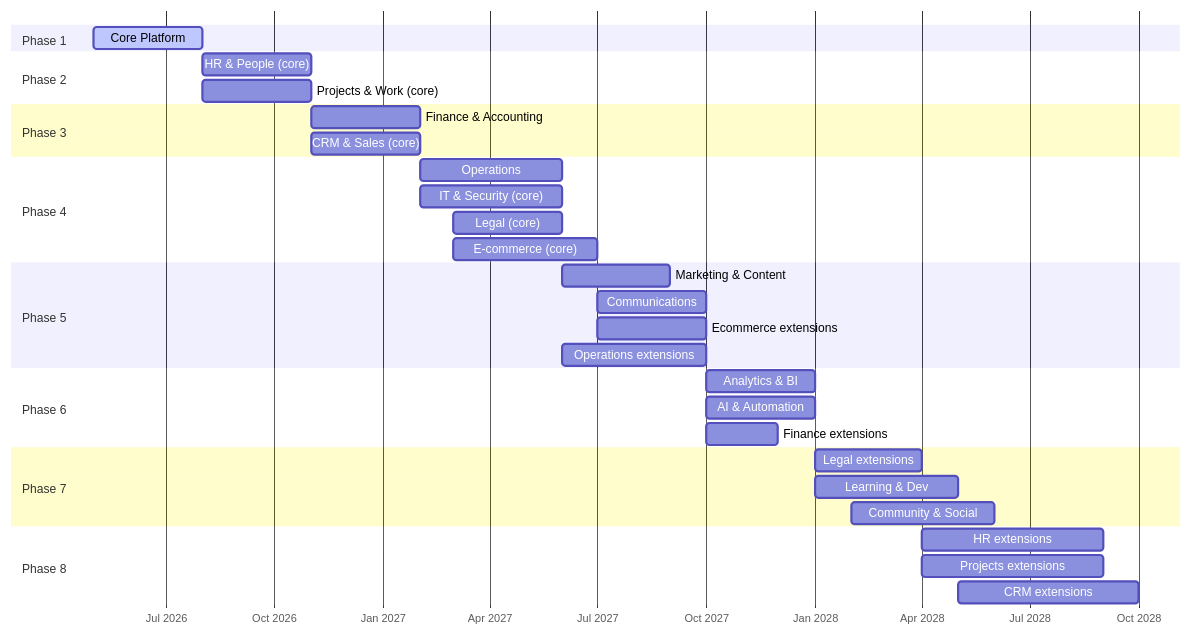
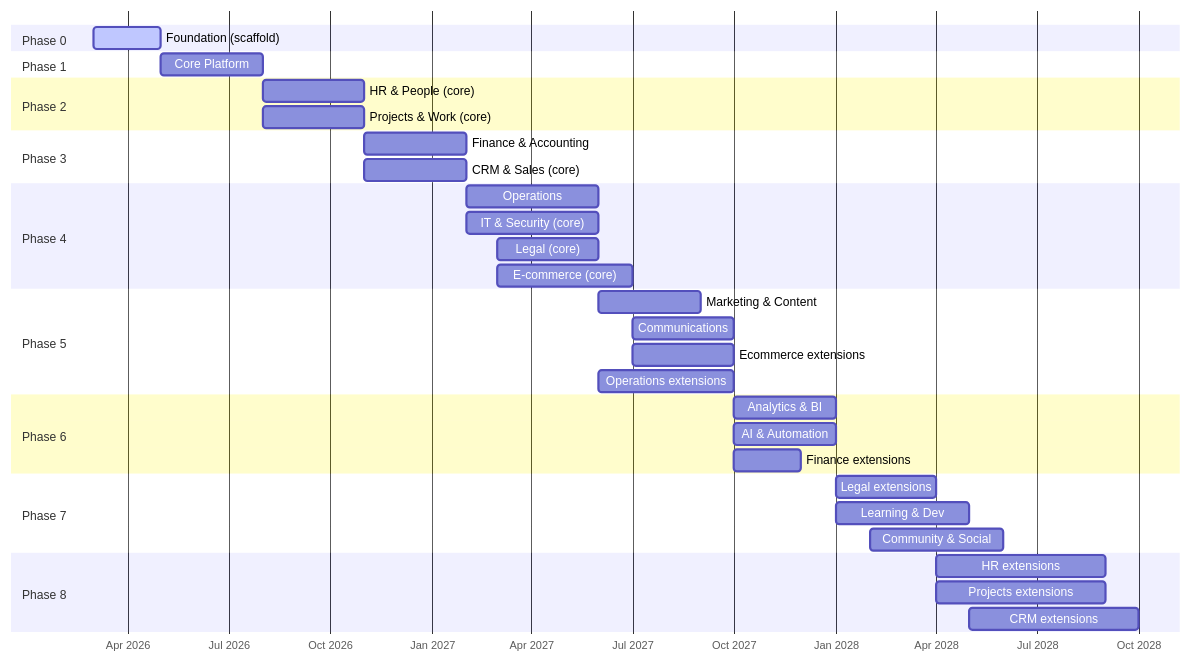
The diagram in flowflex-vault/left-brain/roadmap/MOC_Roadmap.md (Max-Nijenkamp/FlowFlex), drawn with Mermaid before and after one commit. The commit also changed other lines of this file and 47 other files, not shown here.

Commit message:
finish flowflex vault

````diff
--- a/flowflex-vault/left-brain/roadmap/MOC_Roadmap.md
+++ b/flowflex-vault/left-brain/roadmap/MOC_Roadmap.md
@@ -15,43 +23,46 @@
 ```mermaid
 gantt
     dateFormat YYYY-MM
     axisFormat %b %Y
 
+    section Phase 0
+    Foundation (scaffold)  :active, p0, 2026-03, 2026-05
+
     section Phase 1
-    Core Platform         :active, p1, 2026-05, 2026-08
+    Core Platform          :p1, 2026-05, 2026-08
 
     section Phase 2
-    HR & People (core)    :p2a, 2026-08, 2026-11
-    Projects & Work (core):p2b, 2026-08, 2026-11
+    HR & People (core)     :p2a, 2026-08, 2026-11
+    Projects & Work (core) :p2b, 2026-08, 2026-11
 
     section Phase 3
-    Finance & Accounting  :p3a, 2026-11, 2027-02
-    CRM & Sales (core)    :p3b, 2026-11, 2027-02
+    Finance & Accounting   :p3a, 2026-11, 2027-02
+    CRM & Sales (core)     :p3b, 2026-11, 2027-02
 
     section Phase 4
-    Operations            :p4, 2027-02, 2027-06
-    IT & Security (core)  :p4b, 2027-02, 2027-06
-    Legal (core)          :p4c, 2027-03, 2027-06
-    E-commerce (core)     :p4d, 2027-03, 2027-07
+    Operations             :p4, 2027-02, 2027-06
+    IT & Security (core)   :p4b, 2027-02, 2027-06
+    Legal (core)           :p4c, 2027-03, 2027-06
+    E-commerce (core)      :p4d, 2027-03, 2027-07
 
     section Phase 5
-    Marketing & Content   :p5a, 2027-06, 2027-09
-    Communications        :p5b, 2027-07, 2027-10
-    Ecommerce extensions  :p5c, 2027-07, 2027-10
-    Operations extensions :p5d, 2027-06, 2027-10
+    Marketing & Content    :p5a, 2027-06, 2027-09
+    Communications         :p5b, 2027-07, 2027-10
+    Ecommerce extensions   :p5c, 2027-07, 2027-10
+    Operations extensions  :p5d, 2027-06, 2027-10
 
     section Phase 6
-    Analytics & BI        :p6a, 2027-10, 2028-01
-    AI & Automation       :p6b, 2027-10, 2028-01
-    Finance extensions    :p6c, 2027-10, 2027-12
+    Analytics & BI         :p6a, 2027-10, 2028-01
+    AI & Automation        :p6b, 2027-10, 2028-01
+    Finance extensions     :p6c, 2027-10, 2027-12
 
     section Phase 7
-    Legal extensions      :p7a, 2028-01, 2028-04
-    Learning & Dev        :p7b, 2028-01, 2028-05
-    Community & Social    :p7c, 2028-02, 2028-06
+    Legal extensions       :p7a, 2028-01, 2028-04
+    Learning & Dev         :p7b, 2028-01, 2028-05
+    Community & Social     :p7c, 2028-02, 2028-06
 
     section Phase 8
-    HR extensions         :p8a, 2028-04, 2028-09
-    Projects extensions   :p8b, 2028-04, 2028-09
-    CRM extensions        :p8c, 2028-05, 2028-10
+    HR extensions          :p8a, 2028-04, 2028-09
+    Projects extensions    :p8b, 2028-04, 2028-09
+    CRM extensions         :p8c, 2028-05, 2028-10
 ```
````
